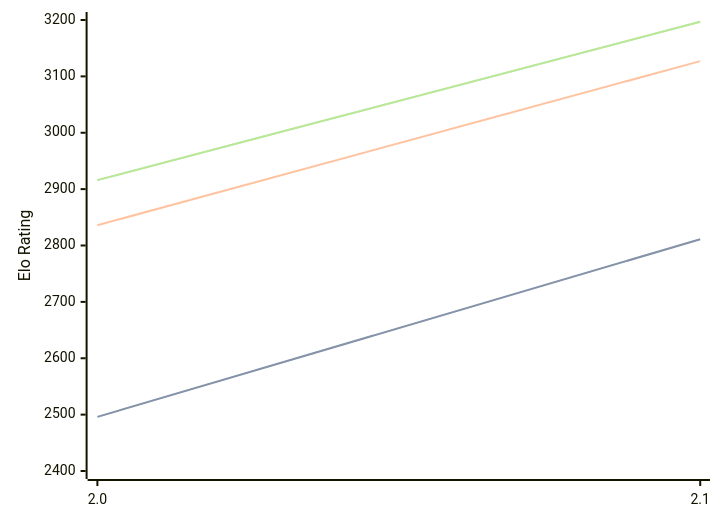
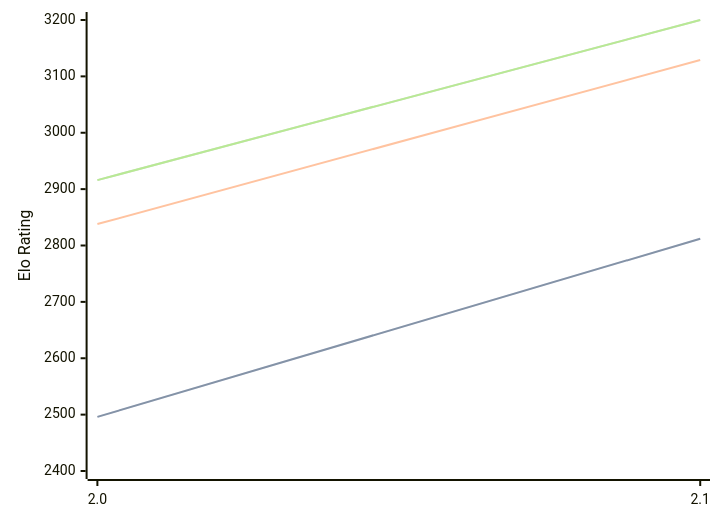
Before and after one commit to computer-chess-index/cci: the diagram in engines/Tunguska.md, drawn with Mermaid. The commit also changed other lines of this file, not shown here.

Commit message:
Update CCI Ratings (ELO VLTC) - 2026-05-21

````diff
--- a/engines/Tunguska.md
+++ b/engines/Tunguska.md
@@ -32,11 +32,11 @@
 ```mermaid
 %%{init: {"theme":"base","themeVariables":{"seriesColors:['#a3a3a3','#222221','#faa371']}}}%%
 xychart-beta
   x-axis ["2.0", "2.1"]
   y-axis "Elo Rating" 2400 --> 3200
-  line "STC (8.0+0.08s)" [2496, 2811]
-  line "STC (8.0+0.08s)" [2496, 2811]
-  line "LTC (60.0+0.60s)" [2836, 3127]
-  line "VLTC (2m24s+1.12s)" [2916, 3197]
-  line "VLTC (2m24s+1.12s)" [2916, 3197]
+  line "STC (8.0+0.08s)" [2496, 2812]
+  line "STC (8.0+0.08s)" [2496, 2812]
+  line "LTC (60.0+0.60s)" [2838, 3129]
+  line "VLTC (2m24s+1.12s)" [2916, 3200]
+  line "VLTC (2m24s+1.12s)" [2916, 3200]
 ```
````
